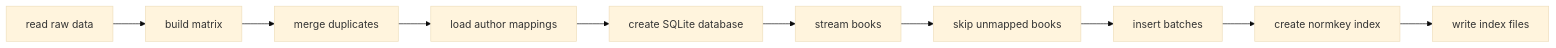
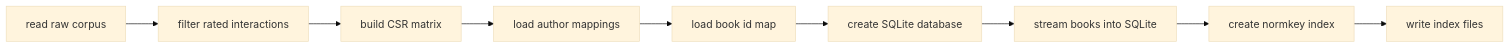
One commit to cptntrps/bookmatch changed the first of 4 diagrams in docs/3_WORKFLOWS.md. Above: the diagram before and after it, drawn with Mermaid (base theme). The commit also changed other lines of this file and 5 other files, not shown here.

````diff
--- a/docs/3_WORKFLOWS.md
+++ b/docs/3_WORKFLOWS.md
@@ -45,12 +41,11 @@
 ```mermaid
 graph LR
-    A[read raw data] --> B[build matrix]
-    B --> C[merge duplicates]
+    A[read raw corpus] --> B[filter rated interactions]
+    B --> C[build CSR matrix]
     C --> D[load author mappings]
-    D --> E[create SQLite database]
-    E --> F[stream books]
-    F --> G[skip unmapped books]
-    G --> H[insert batches]
-    H --> I[create normkey index]
-    I --> J[write index files]
+    D --> E[load book id map]
+    E --> F[create SQLite database]
+    F --> G[stream books into SQLite]
+    G --> H[create normkey index]
+    H --> I[write index files]
 ```
````
